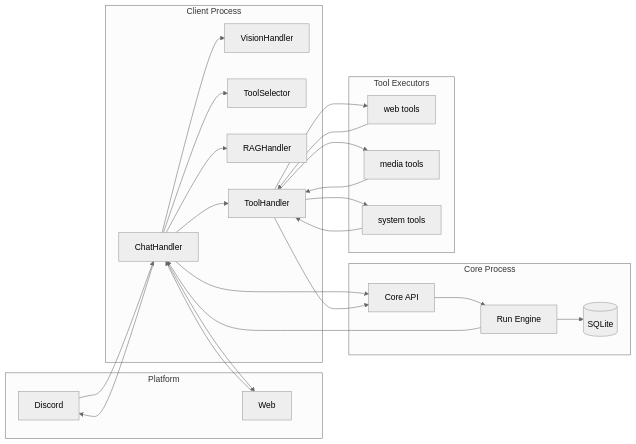
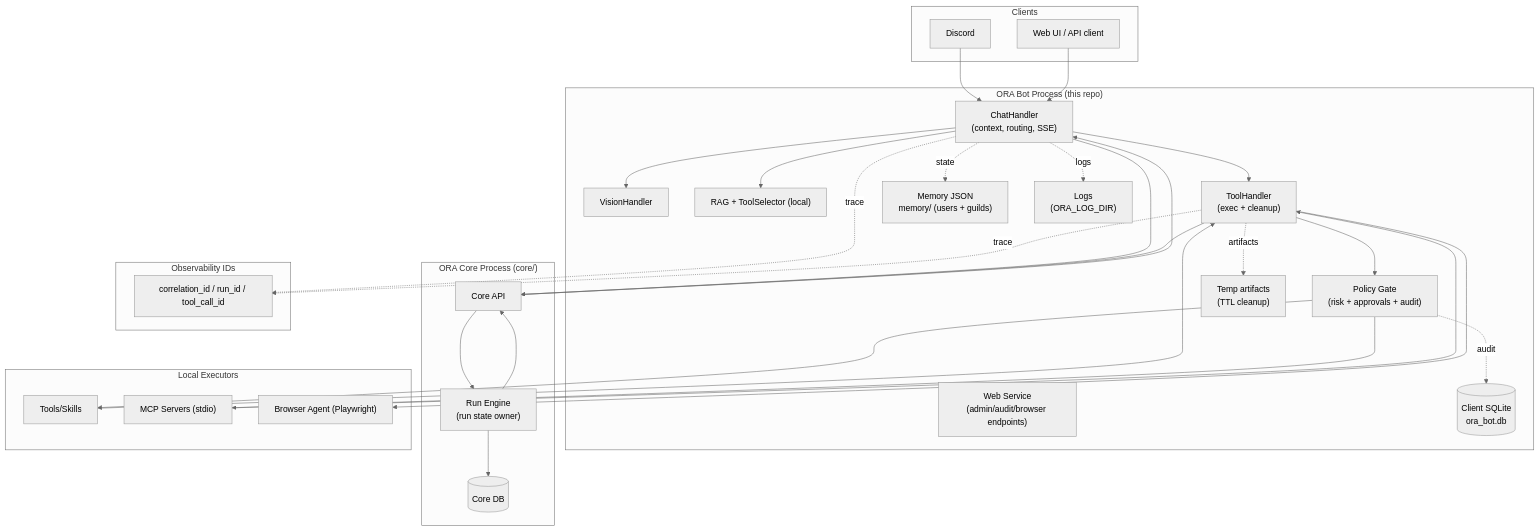
One commit to YoneRai12/ORA changed the third of 3 diagrams in README.md. Above: the diagram before and after it, drawn with Mermaid (neutral theme). The commit also changed other lines of this file, not shown here.

Commit message:
docs(arch): clarify Core-driven loop + add state/policy/obs lanes

````diff
--- a/README.md
+++ b/README.md
@@ -123,47 +155,60 @@
 ```mermaid
-flowchart LR
-    subgraph Platform
-        D[Discord]
-        W[Web]
-    end
+flowchart TB
+  subgraph Platform["Clients"]
+    D["Discord"]
+    W["Web UI / API client"]
+  end
 
-    subgraph Client["Client Process"]
-        CH[ChatHandler]
-        VH[VisionHandler]
-        TS[ToolSelector]
-        RH[RAGHandler]
-        TH[ToolHandler]
-    end
+  subgraph Client["ORA Bot Process (this repo)"]
+    CH["ChatHandler<br/>(context, routing, SSE)"]
+    VH["VisionHandler"]
+    RT["RAG + ToolSelector (local)"]
+    PG["Policy Gate<br/>(risk + approvals + audit)"]
+    TH["ToolHandler<br/>(exec + cleanup)"]
+    WS["Web Service<br/>(admin/audit/browser endpoints)"]
+    ST[("Client SQLite<br/>ora_bot.db")]
+    MEM["Memory JSON<br/>memory/ (users + guilds)"]
+    LOGS["Logs<br/>(ORA_LOG_DIR)"]
+    ART["Temp artifacts<br/>(TTL cleanup)"]
+  end
 
-    subgraph Core["Core Process"]
-        API[Core API]
-        RUN[Run Engine]
-        DB[(SQLite)]
-    end
+  subgraph Core["ORA Core Process (core/)"]
+    API["Core API"]
+    RUN["Run Engine<br/>(run state owner)"]
+    CDB[("Core DB")]
+  end
 
-    subgraph Tools["Tool Executors"]
-        WEB[web tools]
-        MEDIA[media tools]
-        SYSTEM[system tools]
-    end
+  subgraph Exec["Local Executors"]
+    TOOLS["Tools/Skills"]
+    MCP["MCP Servers (stdio)"]
+    BROW["Browser Agent (Playwright)"]
+  end
 
-    D --> CH
-    W --> CH
-    CH --> VH
-    CH --> TS
-    CH --> RH
-    CH --> API
-    API --> RUN
-    RUN --> DB
-    RUN --> CH
-    CH --> TH
-    TH --> WEB
-    TH --> MEDIA
-    TH --> SYSTEM
-    WEB --> TH
-    MEDIA --> TH
-    SYSTEM --> TH
-    TH --> API
-    CH --> D
-    CH --> W
+  subgraph Obs["Observability IDs"]
+    IDS["correlation_id / run_id / tool_call_id"]
+  end
+
+  D --> CH
+  W --> CH
+
+  CH --> VH
+  CH --> RT
+
+  CH --> API
+  API --> RUN --> CDB
+  RUN --> API --> CH
+
+  CH --> TH --> PG
+  PG --> TOOLS --> TH
+  PG --> MCP --> TH
+  TH --> API
+
+  PG -.audit.-> ST
+  CH -.state.-> MEM
+  CH -.logs.-> LOGS
+  TH -.artifacts.-> ART
+  TH --> BROW
+
+  CH -.trace.-> IDS
+  TH -.trace.-> IDS
 ```
````
